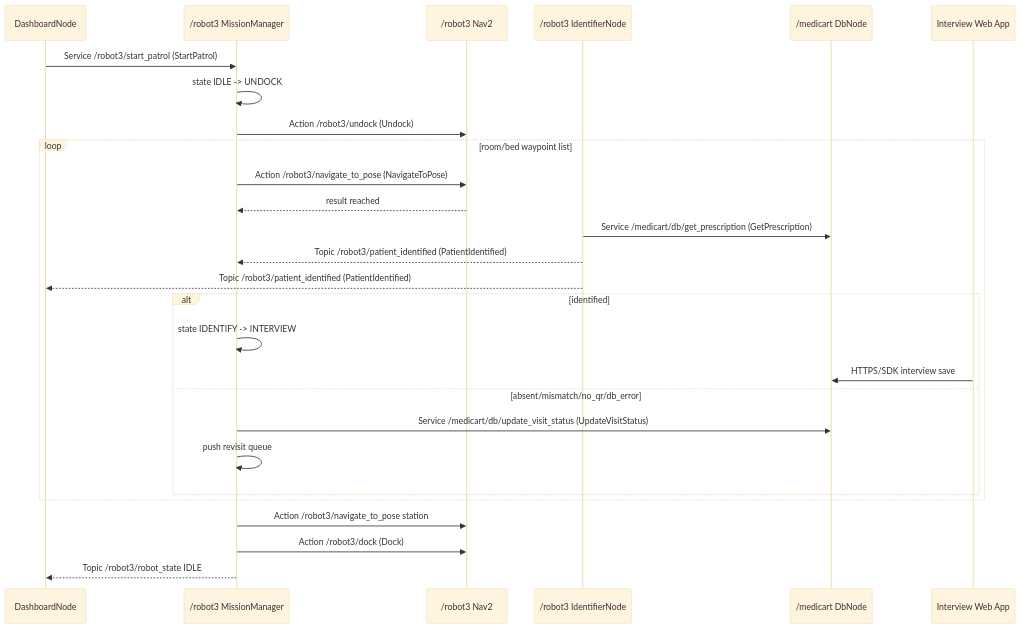
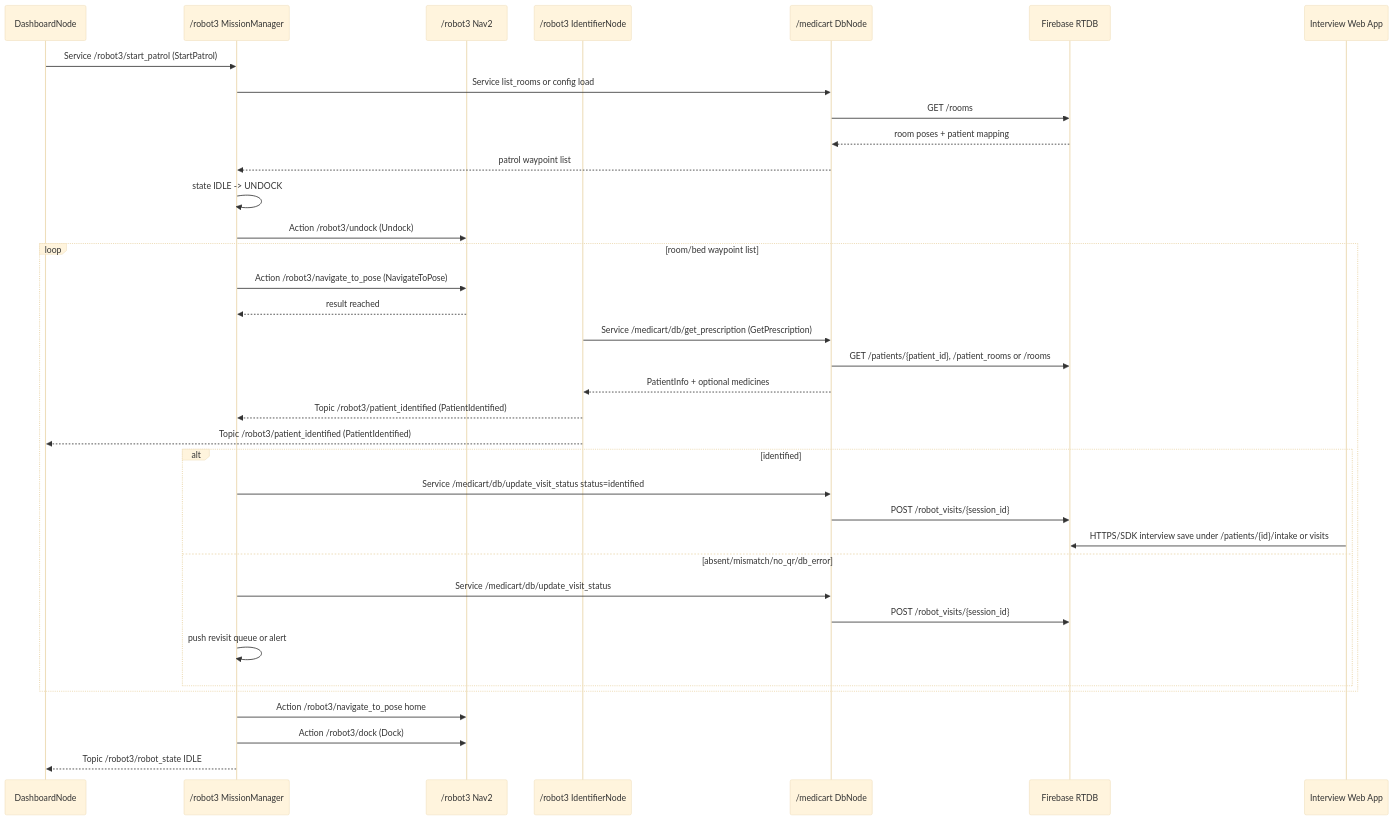
Before and after one commit to yevettee/MediCart: the third of 5 diagrams in docs/architecture/05_multi_robot_system_architecture.md, drawn with Mermaid (base theme). The commit also changed other lines of this file and 2 other files, not shown here.

````diff
--- a/docs/architecture/05_multi_robot_system_architecture.md
+++ b/docs/architecture/05_multi_robot_system_architecture.md
@@ -368,30 +825,39 @@
 ```mermaid
 sequenceDiagram
     participant UI as DashboardNode
     participant MM as /robot3 MissionManager
     participant NAV as /robot3 Nav2
     participant PI as /robot3 IdentifierNode
     participant DB as /medicart DbNode
+    participant RTDB as Firebase RTDB
     participant WEB as Interview Web App
 
     UI->>MM: Service /robot3/start_patrol (StartPatrol)
+    MM->>DB: Service list_rooms or config load
+    DB->>RTDB: GET /rooms
+    RTDB-->>DB: room poses + patient mapping
+    DB-->>MM: patrol waypoint list
     MM->>MM: state IDLE -> UNDOCK
     MM->>NAV: Action /robot3/undock (Undock)
     loop room/bed waypoint list
         MM->>NAV: Action /robot3/navigate_to_pose (NavigateToPose)
         NAV-->>MM: result reached
         PI->>DB: Service /medicart/db/get_prescription (GetPrescription)
+        DB->>RTDB: GET /patients/{patient_id}, /patient_rooms or /rooms
+        DB-->>PI: PatientInfo + optional medicines
         PI-->>MM: Topic /robot3/patient_identified (PatientIdentified)
         PI-->>UI: Topic /robot3/patient_identified (PatientIdentified)
         alt identified
-            MM->>MM: state IDENTIFY -> INTERVIEW
-            WEB->>DB: HTTPS/SDK interview save
+            MM->>DB: Service /medicart/db/update_visit_status status=identified
+            DB->>RTDB: POST /robot_visits/{session_id}
+            WEB->>RTDB: HTTPS/SDK interview save under /patients/{id}/intake or visits
         else absent/mismatch/no_qr/db_error
-            MM->>DB: Service /medicart/db/update_visit_status (UpdateVisitStatus)
-            MM->>MM: push revisit queue
+            MM->>DB: Service /medicart/db/update_visit_status
+            DB->>RTDB: POST /robot_visits/{session_id}
+            MM->>MM: push revisit queue or alert
         end
     end
-    MM->>NAV: Action /robot3/navigate_to_pose station
+    MM->>NAV: Action /robot3/navigate_to_pose home
     MM->>NAV: Action /robot3/dock (Dock)
     MM-->>UI: Topic /robot3/robot_state IDLE
 ```
````
